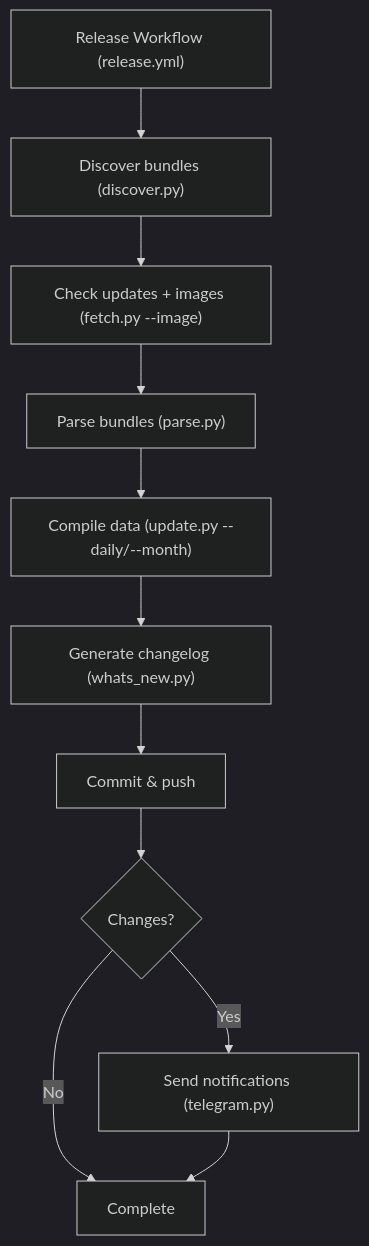
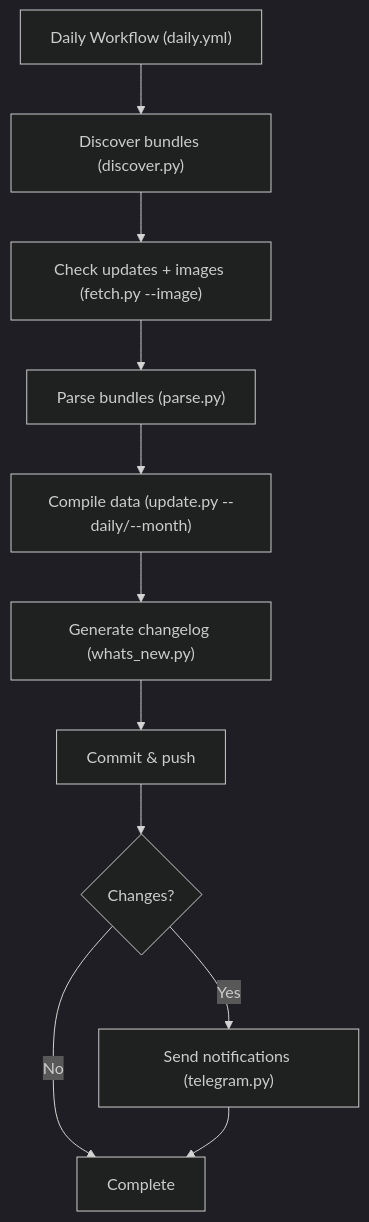
The second of 2 diagrams in CONTRIBUTING.md (nvbangg/awesome-for-morphe), drawn with Mermaid (dark theme) before and after one commit. The commit also changed other lines of this file and 12 other files, not shown here.

````diff
--- a/CONTRIBUTING.md
+++ b/CONTRIBUTING.md
@@ -50,14 +50,14 @@
 ```mermaid
 flowchart TD
-    J["Release Workflow (release.yml)"] --> K["Discover bundles (discover.py)"]
+    J["Daily Workflow (daily.yml)"] --> K["Discover bundles (discover.py)"]
     K --> L["Check updates + images (fetch.py --image)"]
     L --> M["Parse bundles (parse.py)"]
     M --> N["Compile data (update.py --daily/--month)"]
     N --> O["Generate changelog (whats_new.py)"]
     O --> P[Commit & push]
     P --> Q{Changes?}
 
     Q -->|Yes| R["Send notifications (telegram.py)"]
     Q -->|No| S[Complete]
     R --> S
 ```
````
